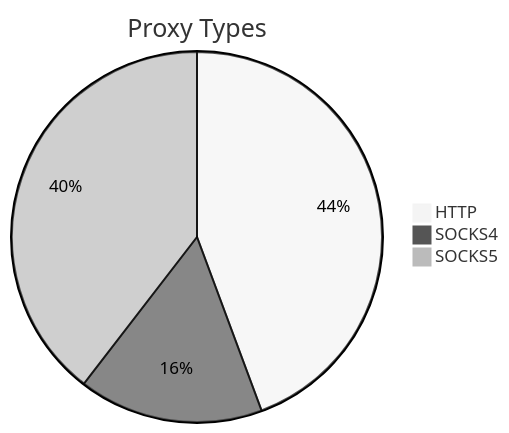
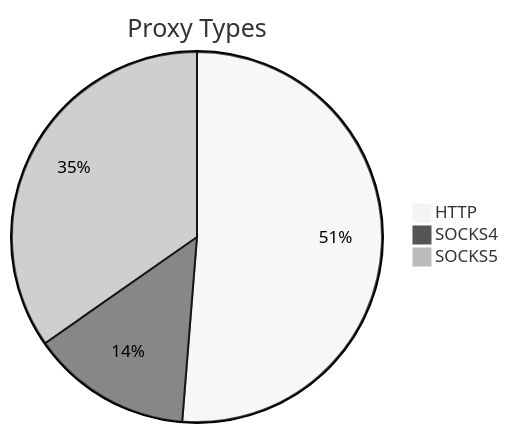
The first of 2 diagrams in README.md (stormsia/proxy-list), drawn with Mermaid (neutral theme) before and after one commit. The commit also changed other lines of this file, not shown here.

````diff
--- a/README.md
+++ b/README.md
@@ -21,6 +21,6 @@
 ```mermaid
 pie title Proxy Types
-    "HTTP" : 176
-    "SOCKS4" : 64
-    "SOCKS5" : 157
+    "HTTP" : 161
+    "SOCKS4" : 44
+    "SOCKS5" : 109
 ```
````
